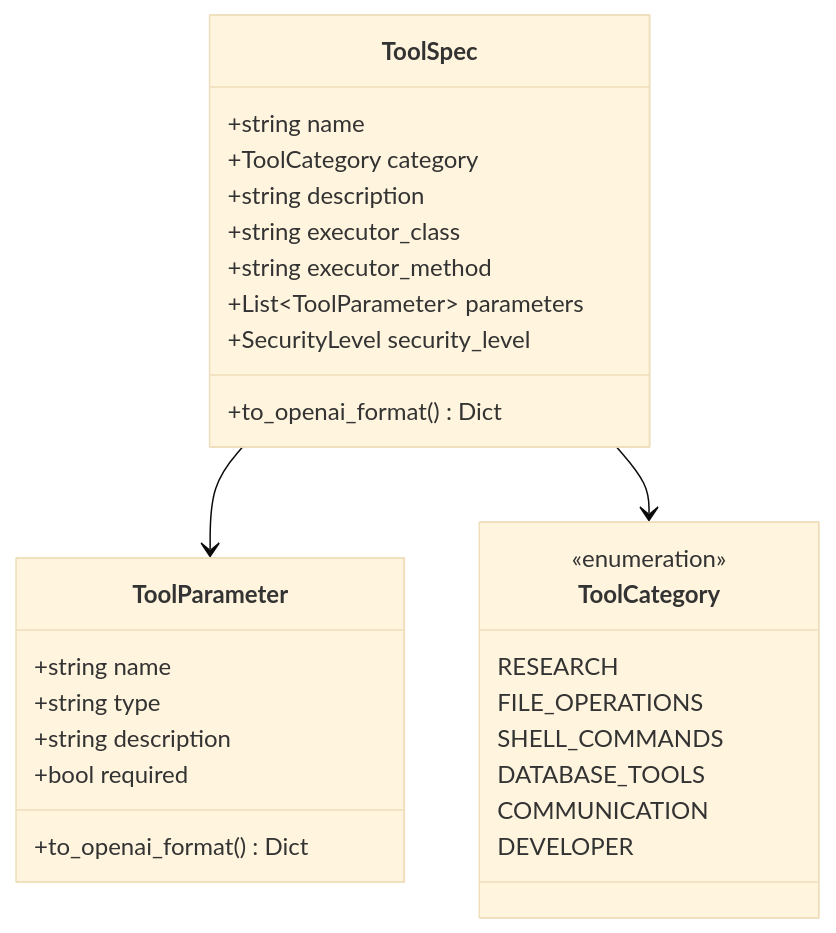
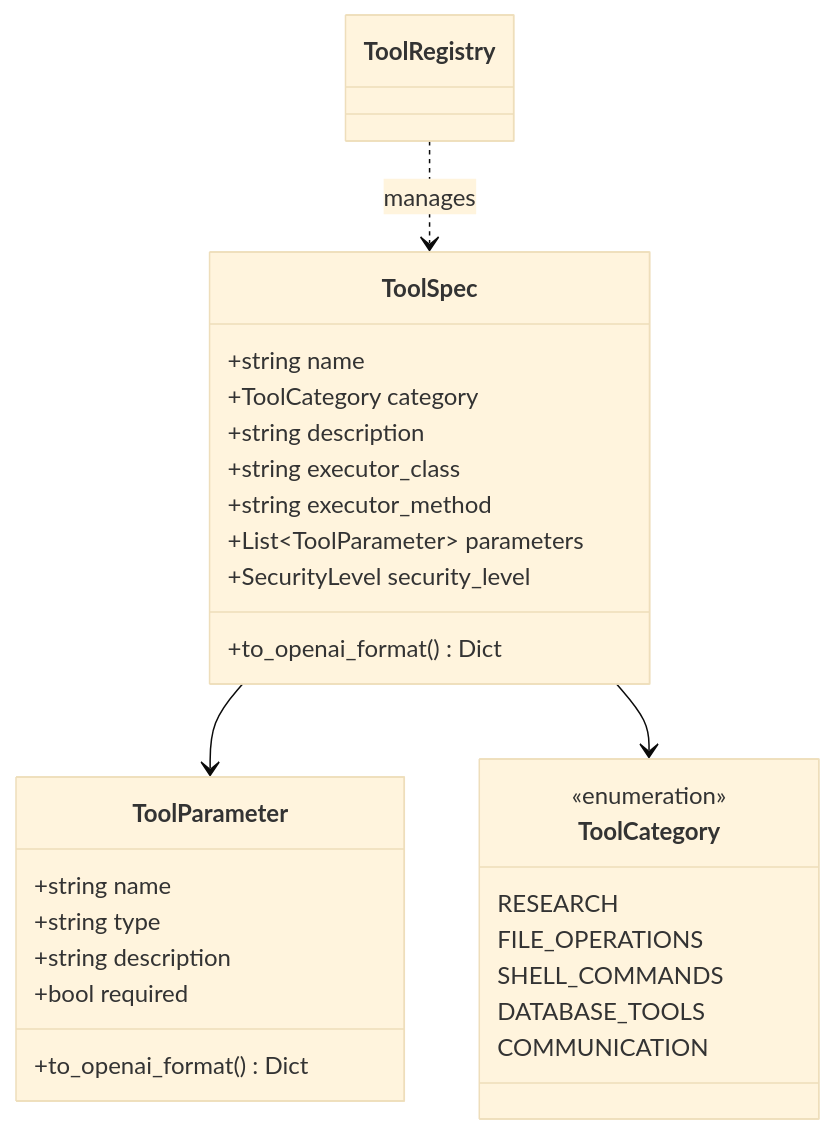
Before and after one commit to AutomatosAI/automatos-ai: the second of 2 diagrams in docs/tools-integrations/_index.md, drawn with Mermaid (base theme). The commit also changed other lines of this file and 153 other files, not shown here.

````diff
--- a/docs/tools-integrations/_index.md
+++ b/docs/tools-integrations/_index.md
@@ -119,34 +124,34 @@
 ```mermaid
 classDiagram
     class ToolSpec {
         +string name
         +ToolCategory category
         +string description
         +string executor_class
         +string executor_method
         +List~ToolParameter~ parameters
         +SecurityLevel security_level
         +to_openai_format() Dict
     }
     
     class ToolParameter {
         +string name
         +string type
         +string description
         +bool required
         +to_openai_format() Dict
     }
     
     class ToolCategory {
         <<enumeration>>
         RESEARCH
         FILE_OPERATIONS
         SHELL_COMMANDS
         DATABASE_TOOLS
         COMMUNICATION
-        DEVELOPER
     }
     
     ToolSpec --> ToolParameter
     ToolSpec --> ToolCategory
+    ToolRegistry ..> ToolSpec : manages
 ```
````
